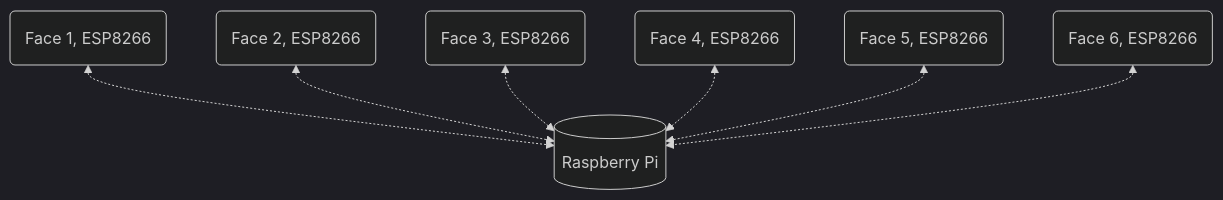
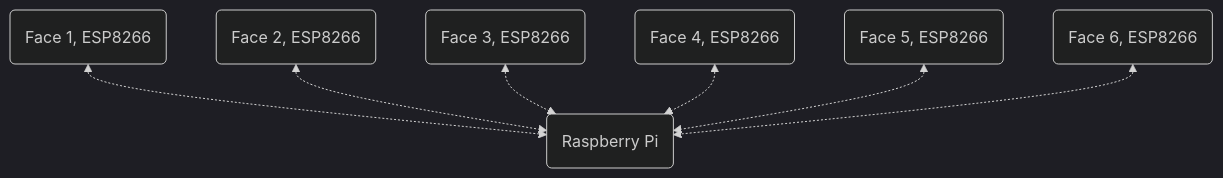
The diagram in Documentation/Spécification_communication_faces_socle.md (Puzzlebox-IMT/Puzzlebox), drawn with Mermaid (dark theme) before and after one commit.

````diff
--- a/Documentation/Spécification_communication_faces_socle.md
+++ b/Documentation/Spécification_communication_faces_socle.md
@@ -13,10 +13,10 @@
 ```mermaid
 graph TB
-A[(Raspberry Pi)]
+A(Raspberry Pi)
 B(Face 1, ESP8266)<-.->A
 C(Face 2, ESP8266)<-.->A
 D(Face 3, ESP8266)<-.->A
 E(Face 4, ESP8266)<-.->A
 F(Face 5, ESP8266)<-.->A
 G(Face 6, ESP8266)<-.->A
 ```
````
